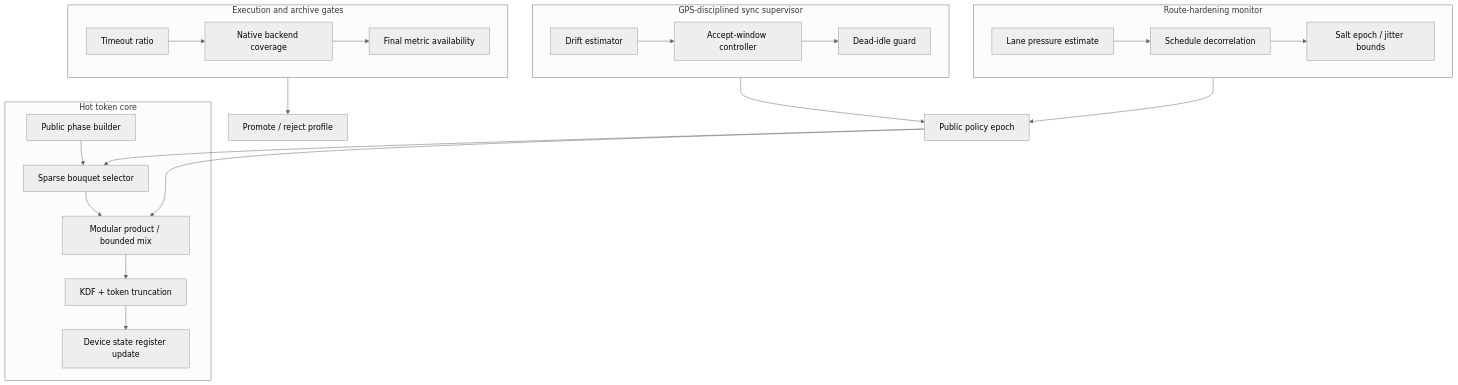
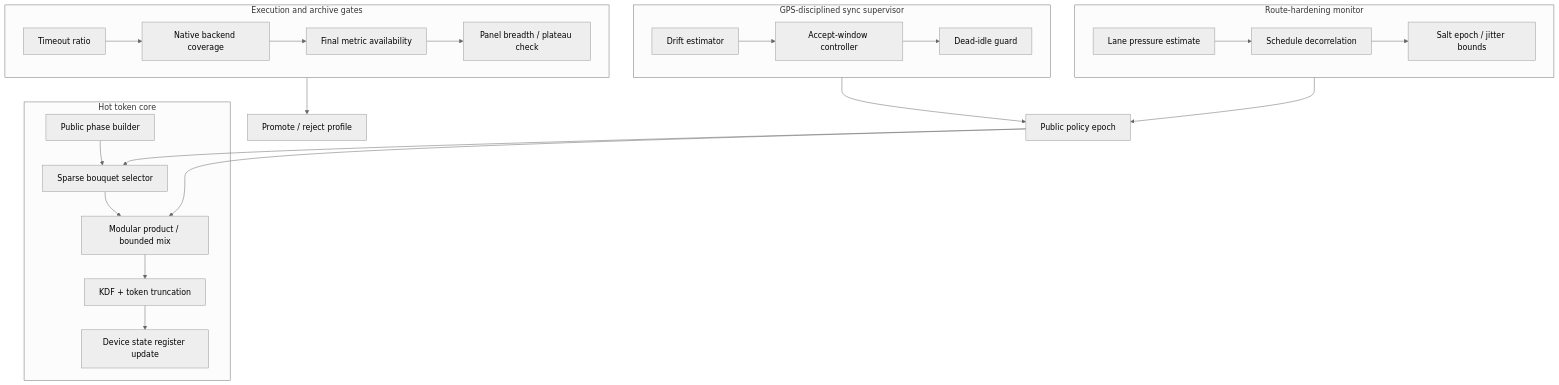
One commit to cekkr/phaselane-algorithm changed diagram 14 of 14 in papers/main-paper.md. Above: the diagram before and after it, drawn with Mermaid. The commit also changed other lines of this file and 1 other file, not shown here.

````diff
--- a/papers/main-paper.md
+++ b/papers/main-paper.md
@@ -1305,39 +1311,40 @@
 ```mermaid
 %%{init: {"theme":"neutral","flowchart":{"curve":"basis"}} }%%
 flowchart TB
   subgraph Core["Hot token core"]
     C1["Public phase builder"]
     C2["Sparse bouquet selector"]
     C3["Modular product / bounded mix"]
     C4["KDF + token truncation"]
     C5["Device state register update"]
     C1 --> C2 --> C3 --> C4 --> C5
   end
 
   subgraph Sync["GPS-disciplined sync supervisor"]
     S1["Drift estimator"]
     S2["Accept-window controller"]
     S3["Dead-idle guard"]
     S1 --> S2 --> S3
   end
 
   subgraph Route["Route-hardening monitor"]
     R1["Lane pressure estimate"]
     R2["Schedule decorrelation"]
     R3["Salt epoch / jitter bounds"]
     R1 --> R2 --> R3
   end
 
   subgraph Audit["Execution and archive gates"]
     A1["Timeout ratio"]
     A2["Native backend coverage"]
     A3["Final metric availability"]
-    A1 --> A2 --> A3
+    A4["Panel breadth / plateau check"]
+    A1 --> A2 --> A3 --> A4
   end
 
   Sync --> Policy["Public policy epoch"]
   Route --> Policy
   Audit --> Gate["Promote / reject profile"]
   Policy --> C2
   Policy --> C3
 ```
````
